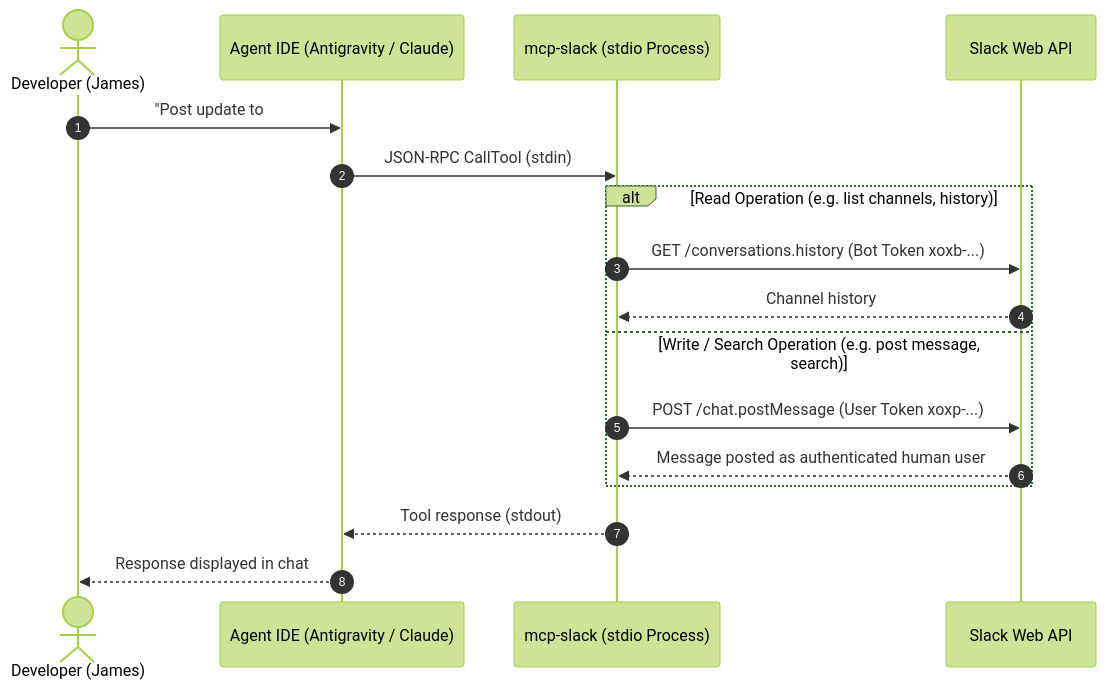
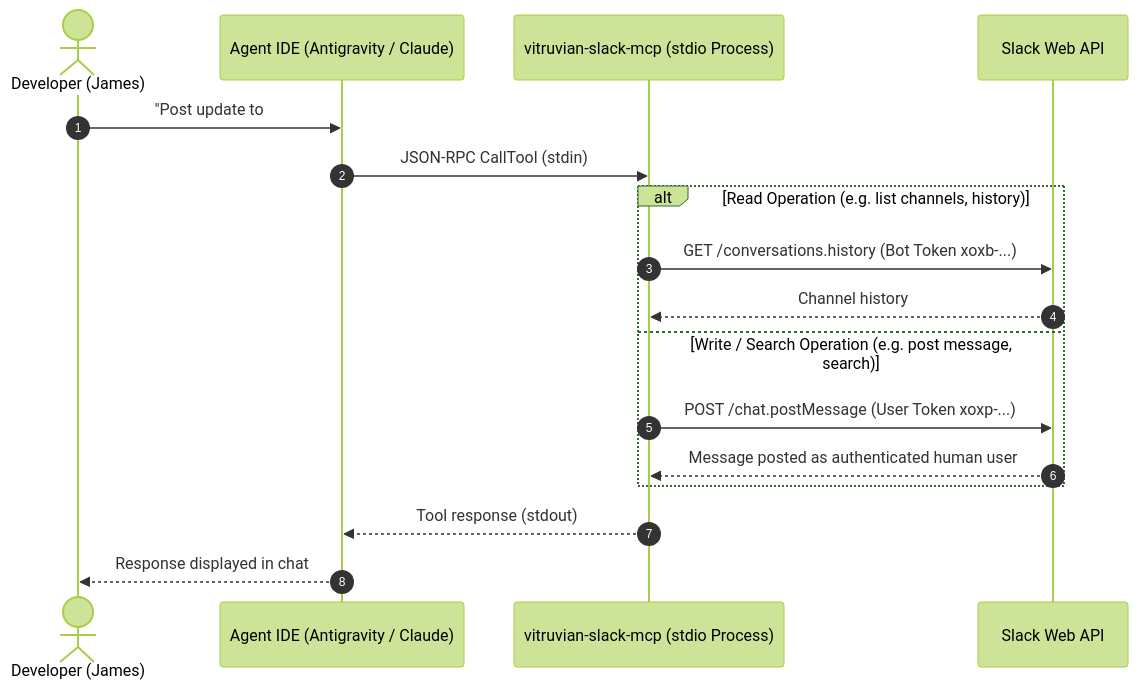
One commit to VitruvianSoftware/mcp-slack changed the first of 2 diagrams in docs/plans/walkthrough.md. Above: the diagram before and after it, drawn with Mermaid (forest theme). The commit also changed other lines of this file and 34 other files, not shown here.

````diff
--- a/docs/plans/walkthrough.md
+++ b/docs/plans/walkthrough.md
@@ -26,20 +26,20 @@
 ```mermaid
 sequenceDiagram
     autonumber
     actor Dev as Developer (James)
     participant IDE as Agent IDE (Antigravity / Claude)
-    participant Server as mcp-slack (stdio Process)
+    participant Server as vitruvian-slack-mcp (stdio Process)
     participant SlackAPI as Slack Web API
 
     Dev->>IDE: "Post update to #dev" / "Search my DMs"
     IDE->>Server: JSON-RPC CallTool (stdin)
     alt Read Operation (e.g. list channels, history)
         Server->>SlackAPI: GET /conversations.history (Bot Token xoxb-...)
         SlackAPI-->>Server: Channel history
     else Write / Search Operation (e.g. post message, search)
         Server->>SlackAPI: POST /chat.postMessage (User Token xoxp-...)
         SlackAPI-->>Server: Message posted as authenticated human user
     end
     Server-->>IDE: Tool response (stdout)
     IDE-->>Dev: Response displayed in chat
 ```
````
